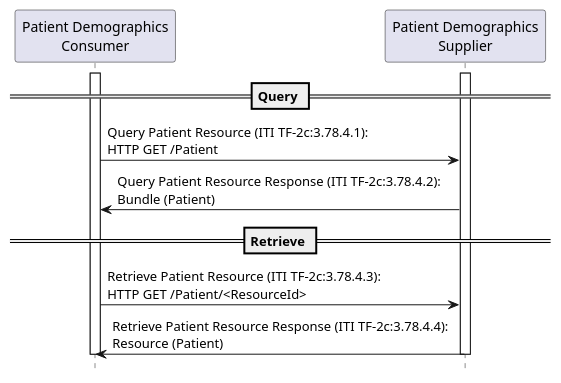
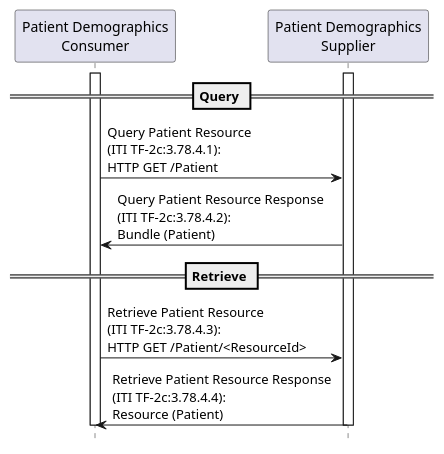
The diagram in input/images-source/ITI-78-seq.plantuml (IHE/ITI.PDQm), drawn with PlantUML before and after one commit. The commit also changed 2 other files, not shown here.

Commit message:
plantuml tweaks

```diff
--- a/input/images-source/ITI-78-seq.plantuml
+++ b/input/images-source/ITI-78-seq.plantuml
@@ -1,19 +1,19 @@
 @startuml
 hide footbox
 
 participant "Patient Demographics\nConsumer" as Client
 participant "Patient Demographics\nSupplier" as Server
 
 == Query ==
 activate Client
 activate Server
-Client -> Server : Query Patient Resource (ITI TF-2c:3.78.4.1):\nHTTP GET /Patient
-Server -> Client : Query Patient Resource Response (ITI TF-2c:3.78.4.2):\nBundle (Patient)
+Client -> Server : Query Patient Resource\n(ITI TF-2c:3.78.4.1):\nHTTP GET /Patient
+Server -> Client : Query Patient Resource Response\n(ITI TF-2c:3.78.4.2):\nBundle (Patient)
 
 == Retrieve ==
-Client -> Server : Retrieve Patient Resource (ITI TF-2c:3.78.4.3):\nHTTP GET /Patient/<ResourceId>
-Server -> Client : Retrieve Patient Resource Response (ITI TF-2c:3.78.4.4):\nResource (Patient)
+Client -> Server : Retrieve Patient Resource\n(ITI TF-2c:3.78.4.3):\nHTTP GET /Patient/<ResourceId>
+Server -> Client : Retrieve Patient Resource Response\n(ITI TF-2c:3.78.4.4):\nResource (Patient)
 deactivate Server
 deactivate Client
 
 @enduml
```
